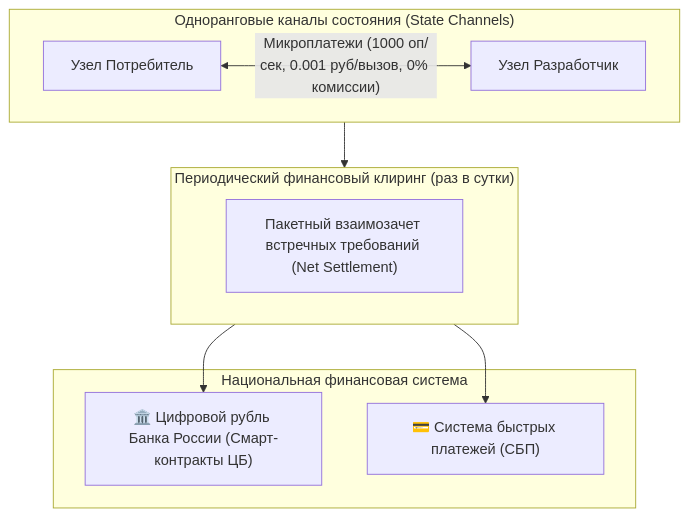
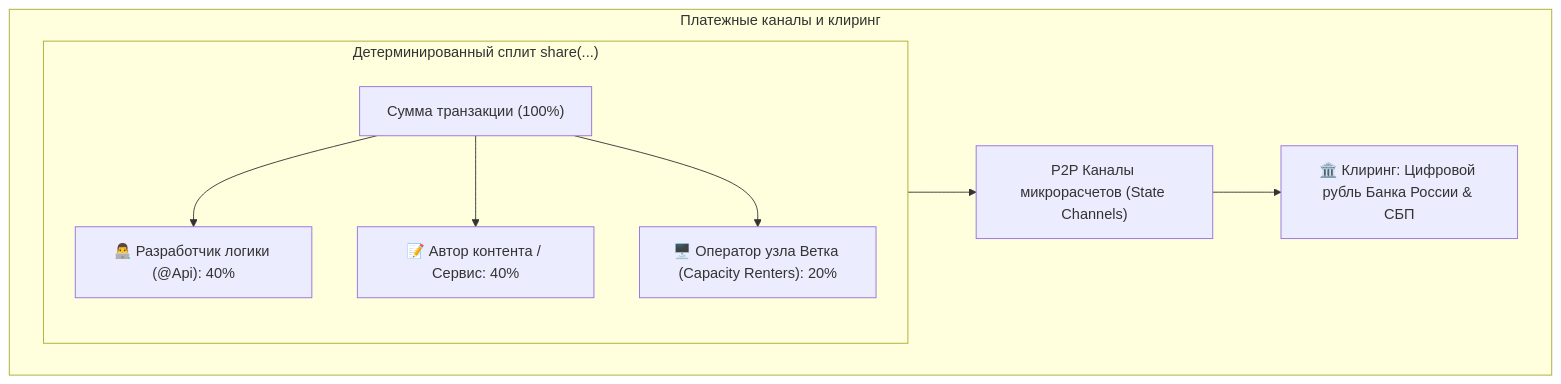
Before and after one commit to Data-Independence-Network/presentations: the eighth of 10 diagrams in architecture_presentations/07_cryptography_and_api_economy/docs/presentation_deck.md, drawn with Mermaid. The commit also changed other lines of this file and 23 other files, not shown here.

```diff
--- a/architecture_presentations/07_cryptography_and_api_economy/docs/presentation_deck.md
+++ b/architecture_presentations/07_cryptography_and_api_economy/docs/presentation_deck.md
@@ -522,19 +522,19 @@
         <div class="mermaid">
 graph TB
-    subgraph P2PChannels["Одноранговые каналы состояния (State Channels)"]
-        A["Узел Потребитель"] <-->|"Микроплатежи (1000 оп/сек, 0.001 руб/вызов, 0% комиссии)"| B["Узел Разработчик"]
+    subgraph RevenueSplit["Детерминированный сплит share(...)"]
+        Total["Сумма транзакции (100%)"]
+        Dev["👨‍💻 Разработчик логики (@Api): 40%"]
+        Content["📝 Автор контента / Сервис: 40%"]
+        Infra["🖥️ Оператор узла Ветка (Capacity Renters): 20%"]
+        Total --> Dev
+        Total --> Content
+        Total --> Infra
     end
 
-    subgraph Clearing["Периодический финансовый клиринг (раз в сутки)"]
-        Settlement["Пакетный взаимозачет встречных требований (Net Settlement)"]
+    subgraph Settlement["Платежные каналы и клиринг"]
+        StateChan["P2P Каналы микрорасчетов (State Channels)"]
+        DigitalRuble["🏛️ Клиринг: Цифровой рубль Банка России & СБП"]
+        RevenueSplit --> StateChan
+        StateChan --> DigitalRuble
     end
-
-    subgraph NationalBanking["Национальная финансовая система"]
-        DigitalRuble["🏛️ Цифровой рубль Банка России (Смарт-контракты ЦБ)"]
-        SBP["💳 Система быстрых платежей (СБП)"]
-    end
-
-    P2PChannels --> Clearing
-    Clearing --> DigitalRuble
-    Clearing --> SBP
         </div>
```
